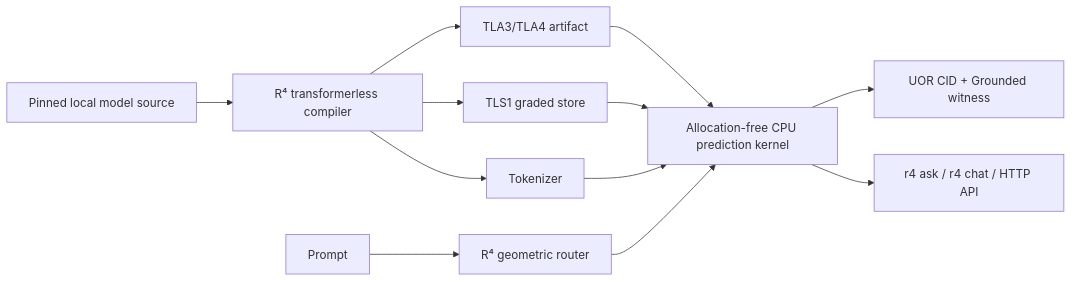
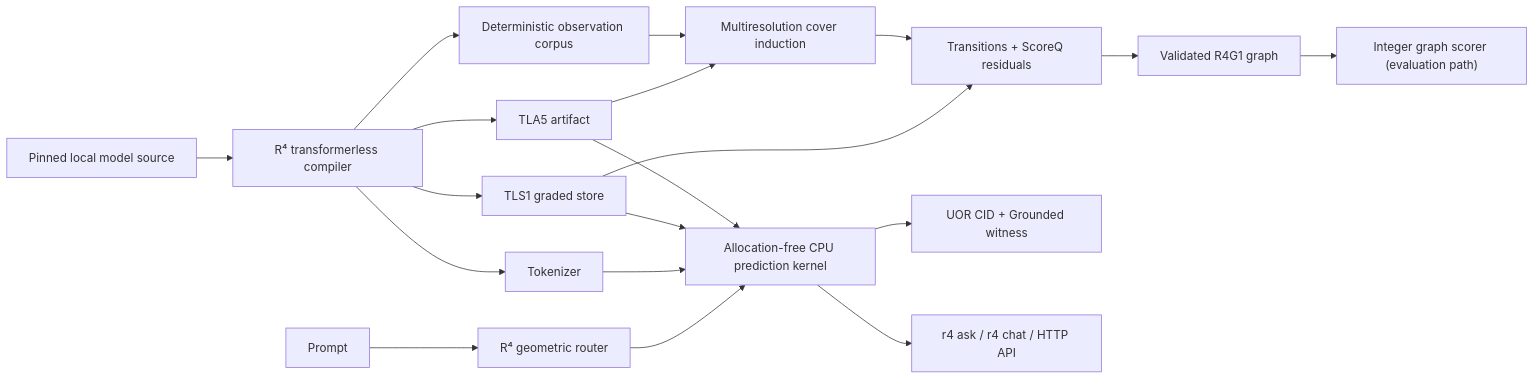
Before and after one commit to UOR-Foundation/uor-r4: the diagram in README.md, drawn with Mermaid. The commit also changed other lines of this file and 7 other files, not shown here.

First line of the commit message:
Add Phase 4 transitions + ScoreQ residual emission; record Gate C finding

````diff
--- a/README.md
+++ b/README.md
@@ -366,14 +429,21 @@
 ```mermaid
 flowchart LR
     Source["Pinned local model source"] --> Compiler["R⁴ transformerless compiler"]
-    Compiler --> Artifact["TLA3/TLA4 artifact"]
+    Compiler --> Corpus["Deterministic observation corpus"]
+    Compiler --> Artifact["TLA5 artifact"]
     Compiler --> Store["TLS1 graded store"]
     Compiler --> Tokenizer["Tokenizer"]
+    Corpus --> Cover["Multiresolution cover induction"]
+    Artifact --> Cover
+    Cover --> Score["Transitions + ScoreQ residuals"]
+    Store --> Score
+    Score --> Graph["Validated R4G1 graph"]
+    Graph --> GraphRuntime["Integer graph scorer (evaluation path)"]
     Artifact --> Runtime["Allocation-free CPU prediction kernel"]
     Store --> Runtime
     Tokenizer --> Runtime
     Prompt["Prompt"] --> Router["R⁴ geometric router"]
     Router --> Runtime
     Runtime --> Witness["UOR CID + Grounded witness"]
     Runtime --> Apps["r4 ask / r4 chat / HTTP API"]
 ```
````
